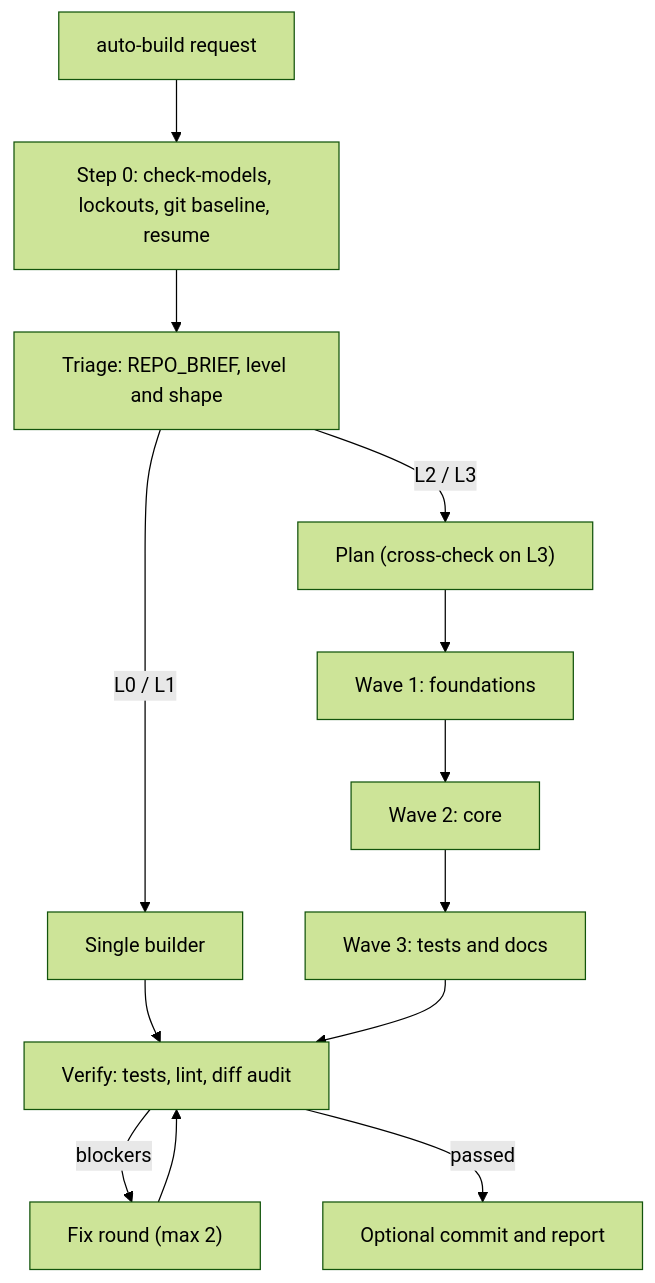
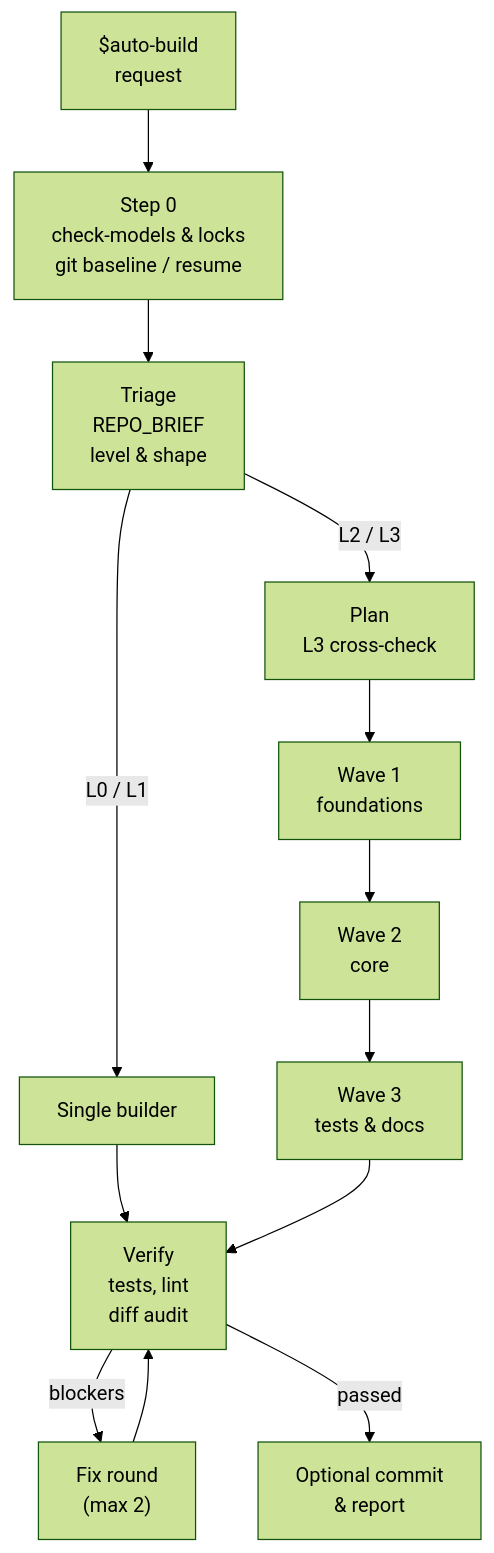
The diagram in README.md (mirceas94/T3-auto-build), drawn with Mermaid (forest theme) before and after one commit. The commit also changed other lines of this file, not shown here.

Commit message:
docs(readme): add TOC, standalone command blocks, and compact workflow diagram

````diff
--- a/README.md
+++ b/README.md
@@ -263,15 +317,15 @@
 ```mermaid
 flowchart TD
-  start["auto-build request"] --> step0["Step 0: check-models, lockouts, git baseline, resume"]
-  step0 --> triage["Triage: REPO_BRIEF, level and shape"]
-  triage -->|"L0 / L1"| single["Single builder"]
-  triage -->|"L2 / L3"| plan["Plan (cross-check on L3)"]
-  plan --> wave1["Wave 1: foundations"]
-  wave1 --> wave2["Wave 2: core"]
-  wave2 --> wave3["Wave 3: tests and docs"]
-  single --> verify["Verify: tests, lint, diff audit"]
-  wave3 --> verify
-  verify -->|"blockers"| fix["Fix round (max 2)"]
-  fix --> verify
-  verify -->|"passed"| report["Optional commit and report"]
+  S["$auto-build<br/>request"] --> S0["Step 0<br/>check-models &amp; locks<br/>git baseline / resume"]
+  S0 --> T["Triage<br/>REPO_BRIEF<br/>level &amp; shape"]
+  T -->|"L0 / L1"| B1["Single builder"]
+  T -->|"L2 / L3"| P["Plan<br/>L3 cross-check"]
+  P --> W1["Wave 1<br/>foundations"]
+  W1 --> W2["Wave 2<br/>core"]
+  W2 --> W3["Wave 3<br/>tests &amp; docs"]
+  B1 --> V["Verify<br/>tests, lint<br/>diff audit"]
+  W3 --> V
+  V -->|"blockers"| F["Fix round<br/>(max 2)"]
+  F --> V
+  V -->|"passed"| R["Optional commit<br/>&amp; report"]
 ```
````
